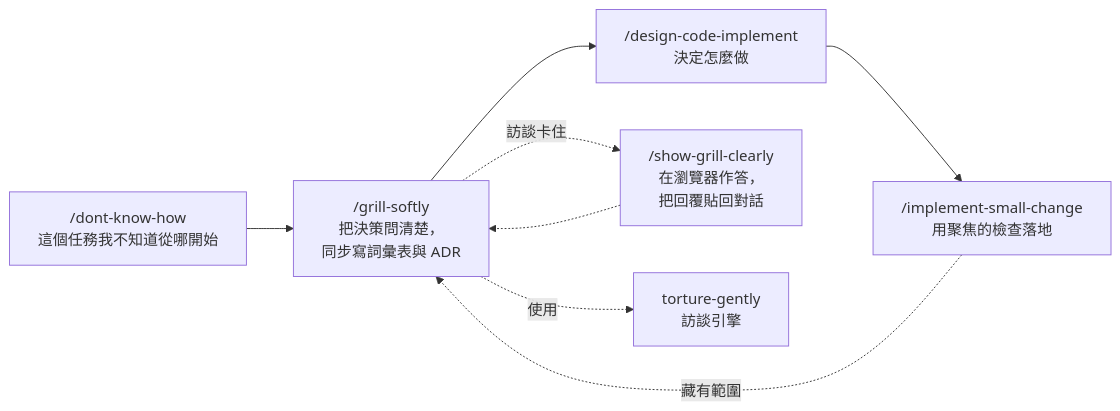
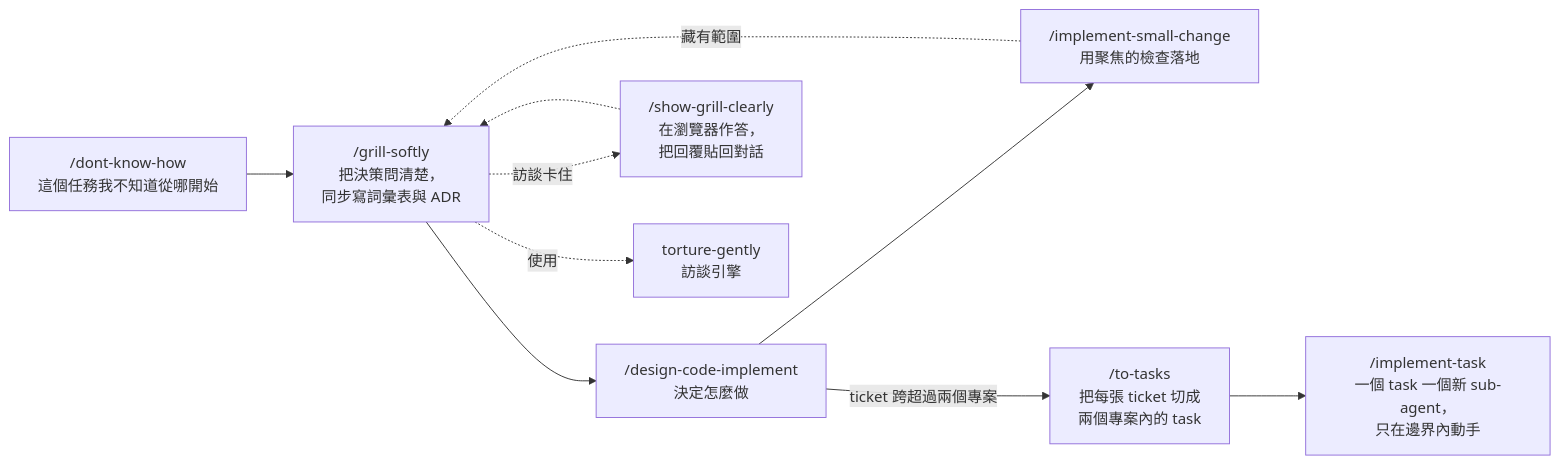
One commit to GUOJIE-HONG/skills changed the diagram in README.zh-TW.md. Above: the diagram before and after it, drawn with Mermaid. The commit also changed other lines of this file and 10 other files, not shown here.

First line of the commit message:
feat(skills): 新增 to-tasks 與 implement-task，發布 0.2.0

````diff
--- a/README.zh-TW.md
+++ b/README.zh-TW.md
@@ -66,10 +68,12 @@
 ```mermaid
 flowchart LR
     A["/dont-know-how<br/>這個任務我不知道從哪開始"] --> B["/grill-softly<br/>把決策問清楚，<br/>同步寫詞彙表與 ADR"]
     B --> C["/design-code-implement<br/>決定怎麼做"]
     C --> D["/implement-small-change<br/>用聚焦的檢查落地"]
+    C -- ticket 跨超過兩個專案 --> G["/to-tasks<br/>把每張 ticket 切成<br/>兩個專案內的 task"]
+    G --> H["/implement-task<br/>一個 task 一個新 sub-agent，<br/>只在邊界內動手"]
     B -. 訪談卡住 .-> E["/show-grill-clearly<br/>在瀏覽器作答，<br/>把回覆貼回對話"]
     E -.-> B
     B -. 使用 .-> F["torture-gently<br/>訪談引擎"]
     D -. 藏有範圍 .-> B
 ```
````
